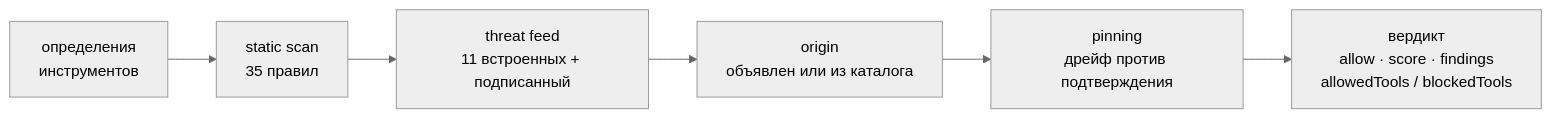
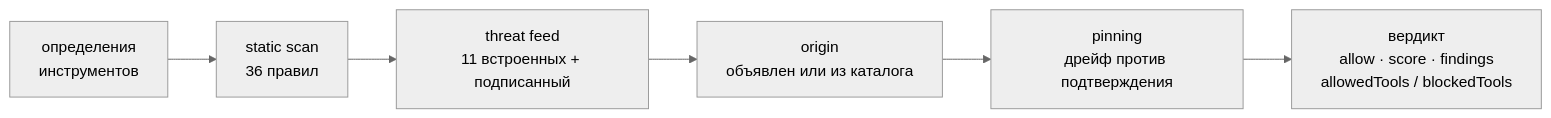
The diagram in README-ru.md (alexar76/warden), drawn with Mermaid (neutral theme) before and after one commit. The commit also changed other lines of this file and 58 other files, not shown here.

````diff
--- a/README-ru.md
+++ b/README-ru.md
@@ -225,8 +229,8 @@
 ```mermaid
 flowchart LR
-  T["определения<br/>инструментов"] --> S["static scan<br/>35 правил"]
+  T["определения<br/>инструментов"] --> S["static scan<br/>36 правил"]
   S --> F["threat feed<br/>11 встроенных + подписанный"]
   F --> O["origin<br/>объявлен или из каталога"]
   O --> P["pinning<br/>дрейф против подтверждения"]
   P --> V["вердикт<br/>allow · score · findings<br/>allowedTools / blockedTools"]
 ```
````
